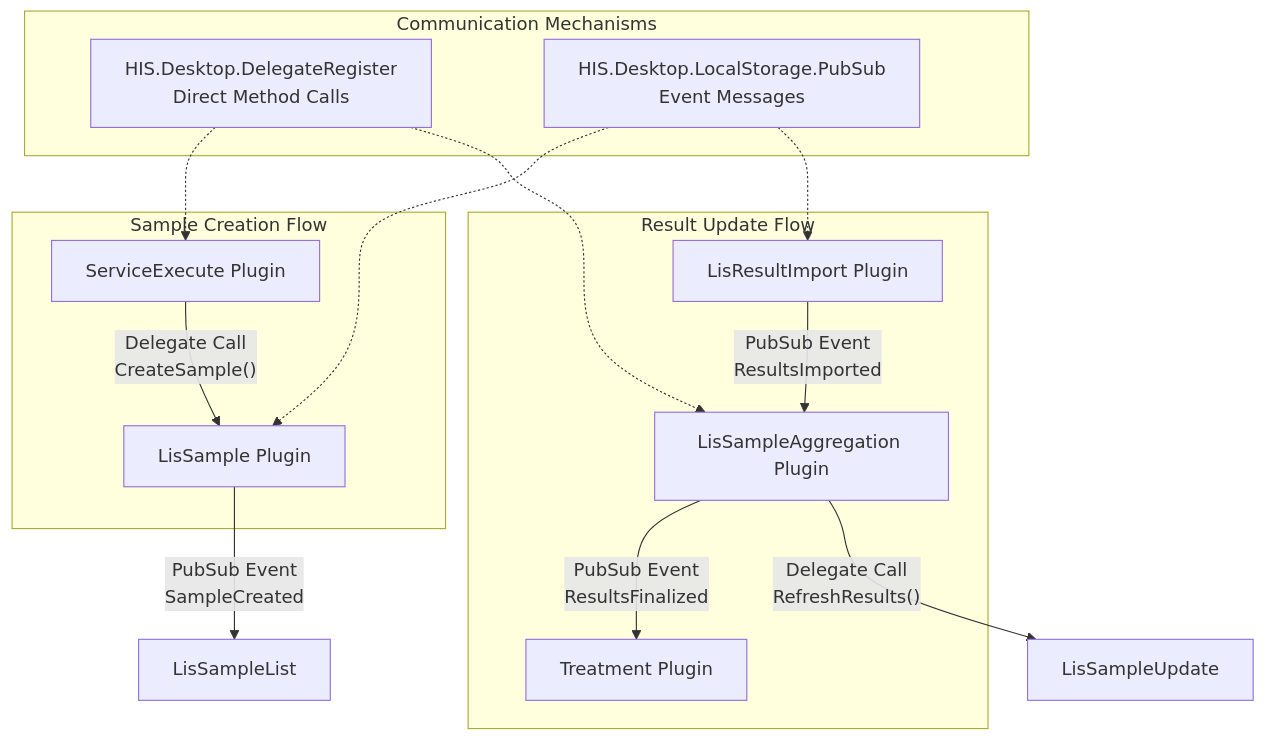
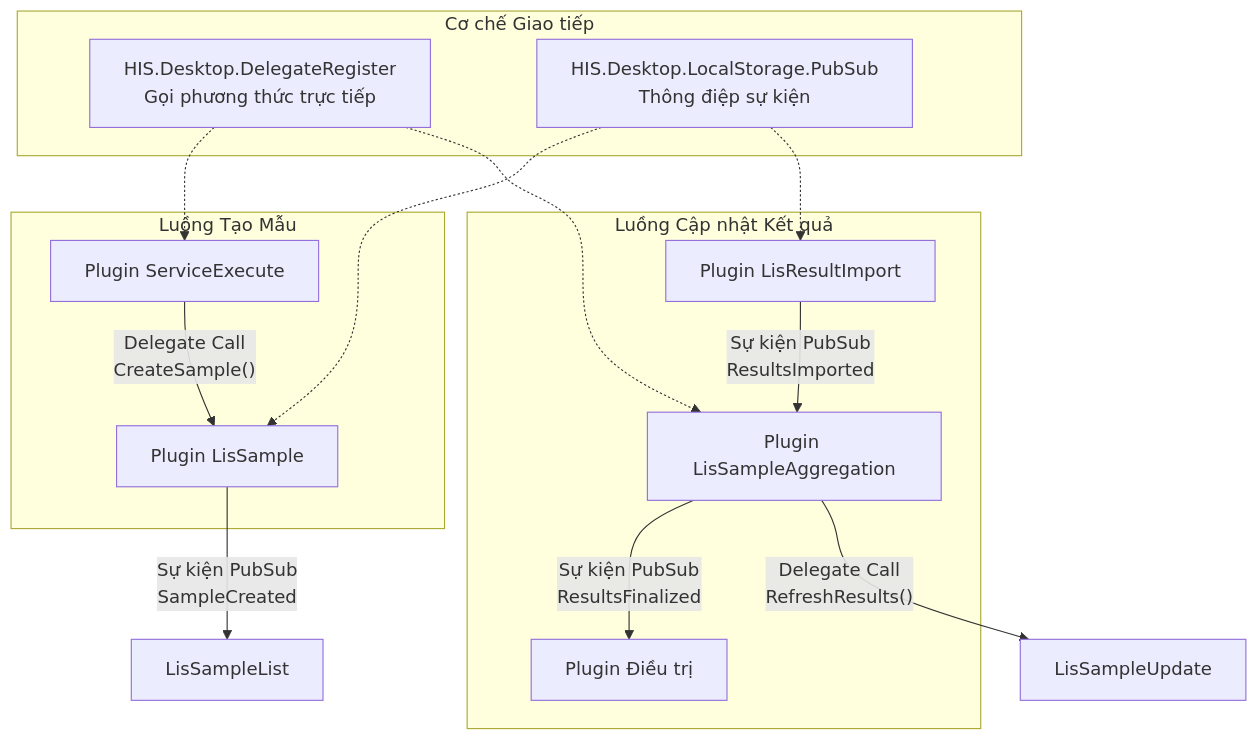
Before and after one commit to thangpnb/HIS: the fourth of 9 diagrams in docs/his-ba-documentation/03-business-domains/laboratory/lis-plugins.md, drawn with Mermaid. The commit also changed other lines of this file and 30 other files, not shown here.

Commit message:
Refactor architecture docs and update translations

````diff
--- a/docs/his-ba-documentation/03-business-domains/laboratory/lis-plugins.md
+++ b/docs/his-ba-documentation/03-business-domains/laboratory/lis-plugins.md
@@ -373,30 +373,30 @@
 ```mermaid
 graph TB
-    subgraph "Communication Mechanisms"
-        DelegateRegister["HIS.Desktop.DelegateRegister<br/>Direct Method Calls"]
-        PubSub["HIS.Desktop.LocalStorage.PubSub<br/>Event Messages"]
+    subgraph "Cơ chế Giao tiếp"
+        DelegateRegister["HIS.Desktop.DelegateRegister<br/>Gọi phương thức trực tiếp"]
+        PubSub["HIS.Desktop.LocalStorage.PubSub<br/>Thông điệp sự kiện"]
     end
     
-    subgraph "Sample Creation Flow"
-        ServiceExecute["ServiceExecute Plugin"]
-        LisSample["LisSample Plugin"]
+    subgraph "Luồng Tạo Mẫu"
+        ServiceExecute["Plugin ServiceExecute"]
+        LisSample["Plugin LisSample"]
     end
     
-    subgraph "Result Update Flow"
-        LisResultImport["LisResultImport Plugin"]
-        LisSampleAggregation["LisSampleAggregation Plugin"]
-        Treatment["Treatment Plugin"]
+    subgraph "Luồng Cập nhật Kết quả"
+        LisResultImport["Plugin LisResultImport"]
+        LisSampleAggregation["Plugin LisSampleAggregation"]
+        Treatment["Plugin Điều trị"]
     end
     
     ServiceExecute -->|"Delegate Call<br/>CreateSample()"| LisSample
-    LisSample -->|"PubSub Event<br/>SampleCreated"| LisSampleList
+    LisSample -->|"Sự kiện PubSub<br/>SampleCreated"| LisSampleList
     
-    LisResultImport -->|"PubSub Event<br/>ResultsImported"| LisSampleAggregation
-    LisSampleAggregation -->|"PubSub Event<br/>ResultsFinalized"| Treatment
+    LisResultImport -->|"Sự kiện PubSub<br/>ResultsImported"| LisSampleAggregation
+    LisSampleAggregation -->|"Sự kiện PubSub<br/>ResultsFinalized"| Treatment
     LisSampleAggregation -->|"Delegate Call<br/>RefreshResults()"| LisSampleUpdate
     
     DelegateRegister -.-> ServiceExecute
     DelegateRegister -.-> LisSampleAggregation
     PubSub -.-> LisSample
     PubSub -.-> LisResultImport
 ```
````
